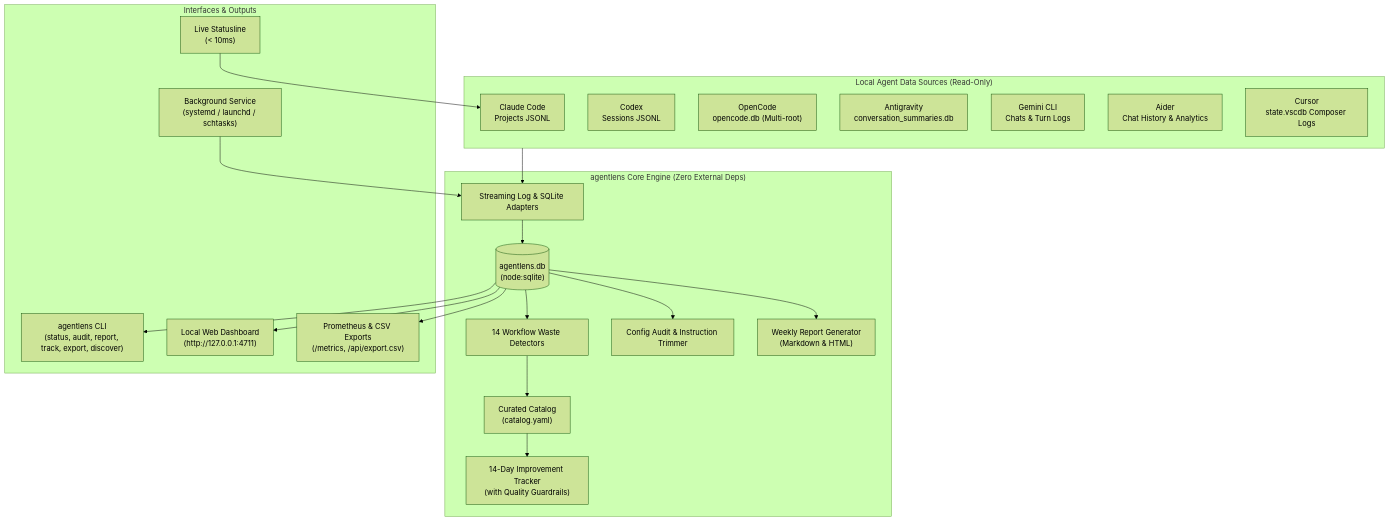
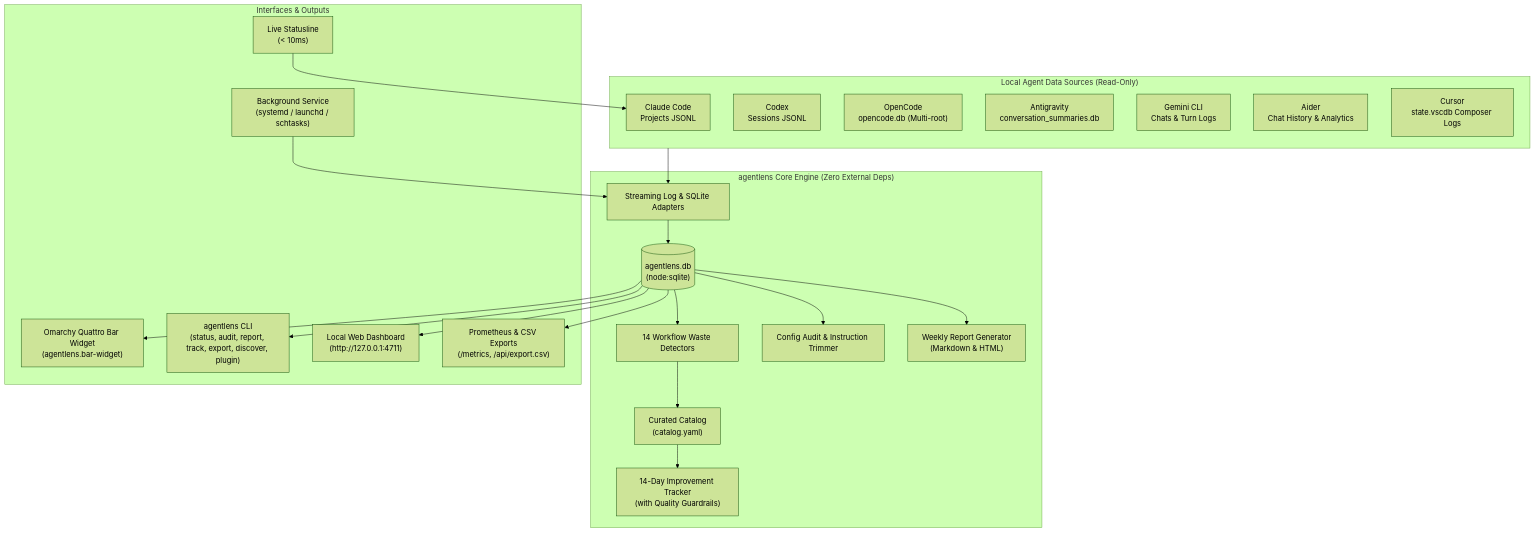
The diagram in README.md (SohailElskhawy/agentlens), drawn with Mermaid (forest theme) before and after one commit. The commit also changed other lines of this file, not shown here.

Commit message:
docs(readme): document Omarchy Quattro bar-widget plugin and CLI commands

````diff
--- a/README.md
+++ b/README.md
@@ -70,43 +71,45 @@
 ```mermaid
 flowchart TD
     subgraph AgentSources["Local Agent Data Sources (Read-Only)"]
         CC["Claude Code\nProjects JSONL"]
         CX["Codex\nSessions JSONL"]
         OC["OpenCode\nopencode.db (Multi-root)"]
         AG["Antigravity\nconversation_summaries.db"]
         GM["Gemini CLI\nChats & Turn Logs"]
         AI["Aider\nChat History & Analytics"]
         CR["Cursor\nstate.vscdb Composer Logs"]
     end
 
     subgraph CoreEngine["agentlens Core Engine (Zero External Deps)"]
         Adapters["Streaming Log & SQLite Adapters"]
         DB[("agentlens.db\n(node:sqlite)")]
         Detectors["14 Workflow Waste Detectors"]
         Audit["Config Audit & Instruction Trimmer"]
         Catalog["Curated Catalog\n(catalog.yaml)"]
         Reports["Weekly Report Generator\n(Markdown & HTML)"]
         Tracker["14-Day Improvement Tracker\n(with Quality Guardrails)"]
     end
 
     subgraph Outputs["Interfaces & Outputs"]
         Statusline["Live Statusline\n(< 10ms)"]
-        CLI["agentlens CLI\n(status, audit, report, track, export, discover)"]
+        Omarchy["Omarchy Quattro Bar Widget\n(agentlens.bar-widget)"]
+        CLI["agentlens CLI\n(status, audit, report, track, export, discover, plugin)"]
         WebUI["Local Web Dashboard\n(http://127.0.0.1:4711)"]
         Service["Background Service\n(systemd / launchd / schtasks)"]
         Metrics["Prometheus & CSV Exports\n(/metrics, /api/export.csv)"]
     end
 
     AgentSources --> Adapters
     Adapters --> DB
     DB --> Detectors
     DB --> Audit
     Detectors --> Catalog
     Catalog --> Tracker
     DB --> Reports
     DB --> WebUI
     DB --> CLI
     DB --> Metrics
+    DB --> Omarchy
     Statusline --> CC
     Service --> Adapters
 ```
````
